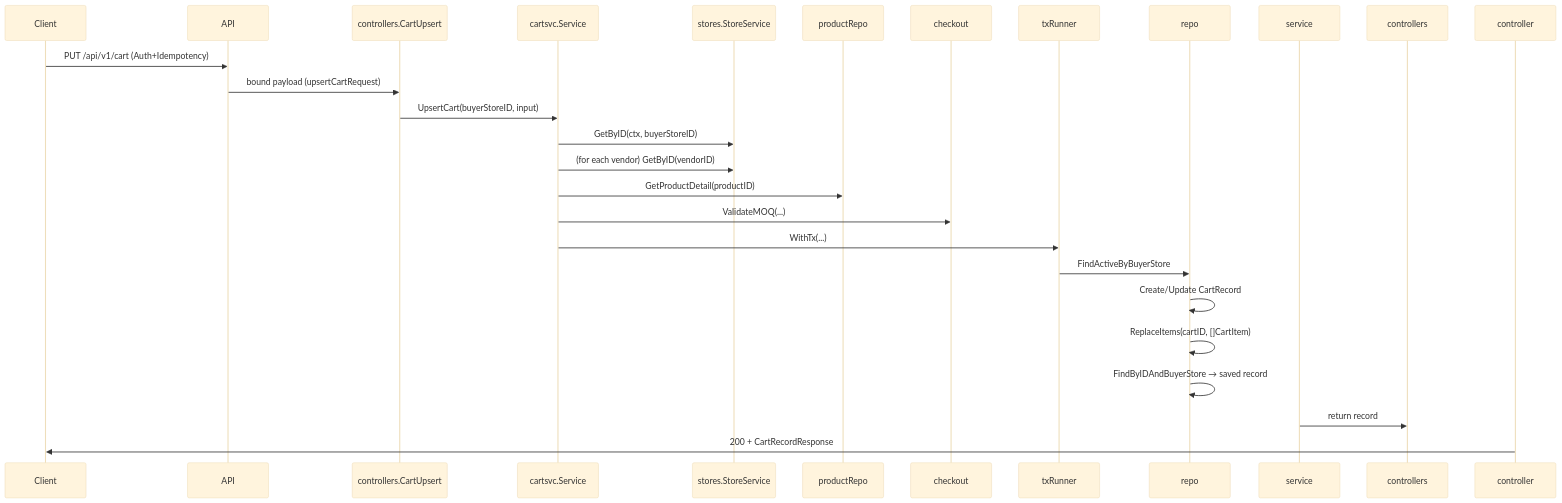
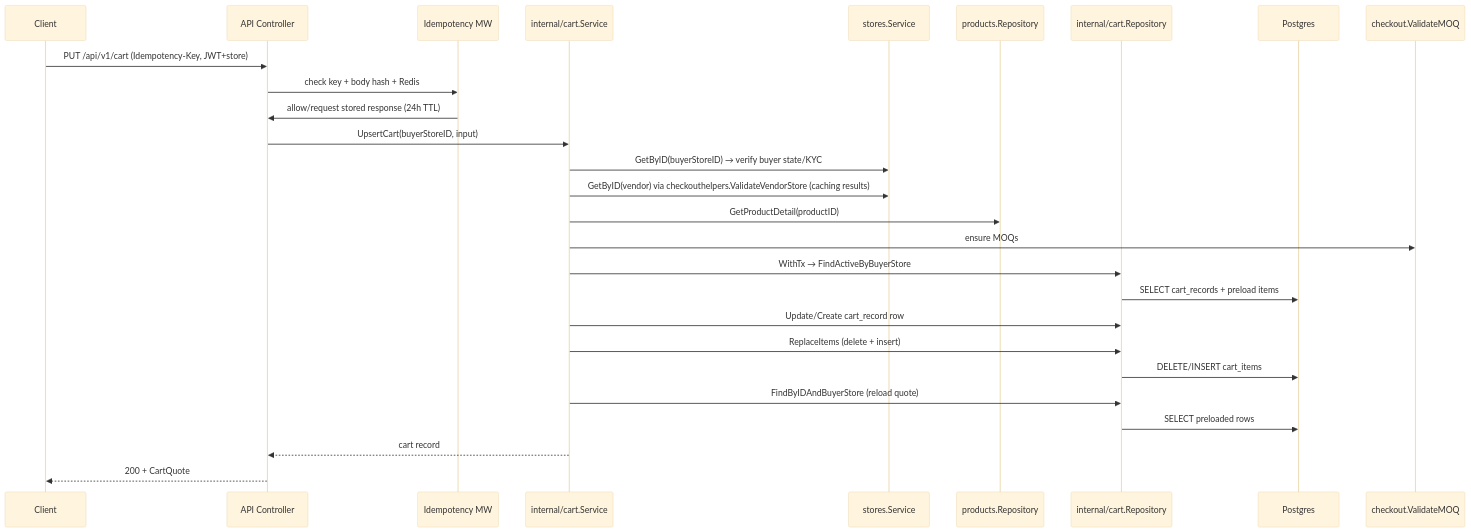
One commit to mondragon-ai/packfinderz-backend changed the first of 2 diagrams in docs/state/CART_state.md. Above: the diagram before and after it, drawn with Mermaid (base theme). The commit also changed other lines of this file and 15 other files, not shown here.

Commit message:
[PF-148] - [PF-152]:  Implement cart quote API DTOs (QuoteCartRequest and CartQuote)

````diff
--- a/docs/state/CART_state.md
+++ b/docs/state/CART_state.md
@@ -126,17 +162,29 @@
 ```mermaid
 sequenceDiagram
-  Client->>API: PUT /api/v1/cart (Auth+Idempotency)
-  API->>controllers.CartUpsert: bound payload (upsertCartRequest)
-  controllers.CartUpsert->>cartsvc.Service: UpsertCart(buyerStoreID, input)
-  cartsvc.Service->>stores.StoreService: GetByID(ctx, buyerStoreID)
-  cartsvc.Service->>stores.StoreService: (for each vendor) GetByID(vendorID)
-  cartsvc.Service->>productRepo: GetProductDetail(productID)
-  cartsvc.Service->>checkout: ValidateMOQ(...)
-  cartsvc.Service->>txRunner: WithTx(...)
-  txRunner->>repo: FindActiveByBuyerStore
-  repo->>repo: Create/Update CartRecord
-  repo->>repo: ReplaceItems(cartID, []CartItem)
-  repo->>repo: FindByIDAndBuyerStore → saved record
-  service->>controllers: return record
-  controller->>Client: 200 + CartRecordResponse
+  participant Client
+  participant API as API Controller
+  participant Idem as Idempotency MW
+  participant CartSvc as internal/cart.Service
+  participant StoreSvc as stores.Service
+  participant ProductRepo as products.Repository
+  participant CartRepo as internal/cart.Repository
+  participant DB as Postgres
+
+  Client->>API: PUT /api/v1/cart (Idempotency-Key, JWT+store)
+  API->>Idem: check key + body hash + Redis
+  Idem->>API: allow/request stored response (24h TTL)
+  API->>CartSvc: UpsertCart(buyerStoreID, input)
+  CartSvc->>StoreSvc: GetByID(buyerStoreID) → verify buyer state/KYC
+  CartSvc->>StoreSvc: GetByID(vendor) via checkouthelpers.ValidateVendorStore (caching results)
+  CartSvc->>ProductRepo: GetProductDetail(productID)
+  CartSvc->>checkout.ValidateMOQ: ensure MOQs
+  CartSvc->>CartRepo: WithTx → FindActiveByBuyerStore
+  CartRepo->>DB: SELECT cart_records + preload items
+  CartSvc->>CartRepo: Update/Create cart_record row
+  CartSvc->>CartRepo: ReplaceItems (delete + insert)
+  CartRepo->>DB: DELETE/INSERT cart_items
+  CartSvc->>CartRepo: FindByIDAndBuyerStore (reload quote)
+  CartRepo->>DB: SELECT preloaded rows
+  CartSvc-->>API: cart record
+  API-->>Client: 200 + CartQuote
 ```
````
